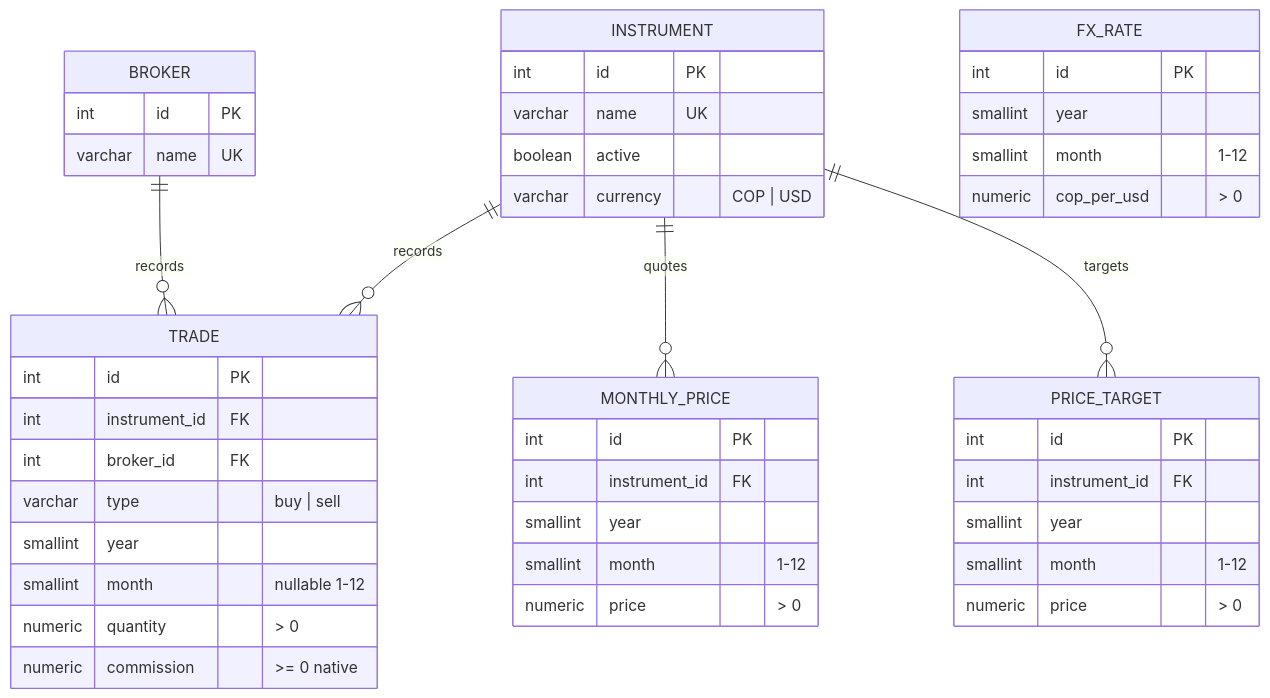
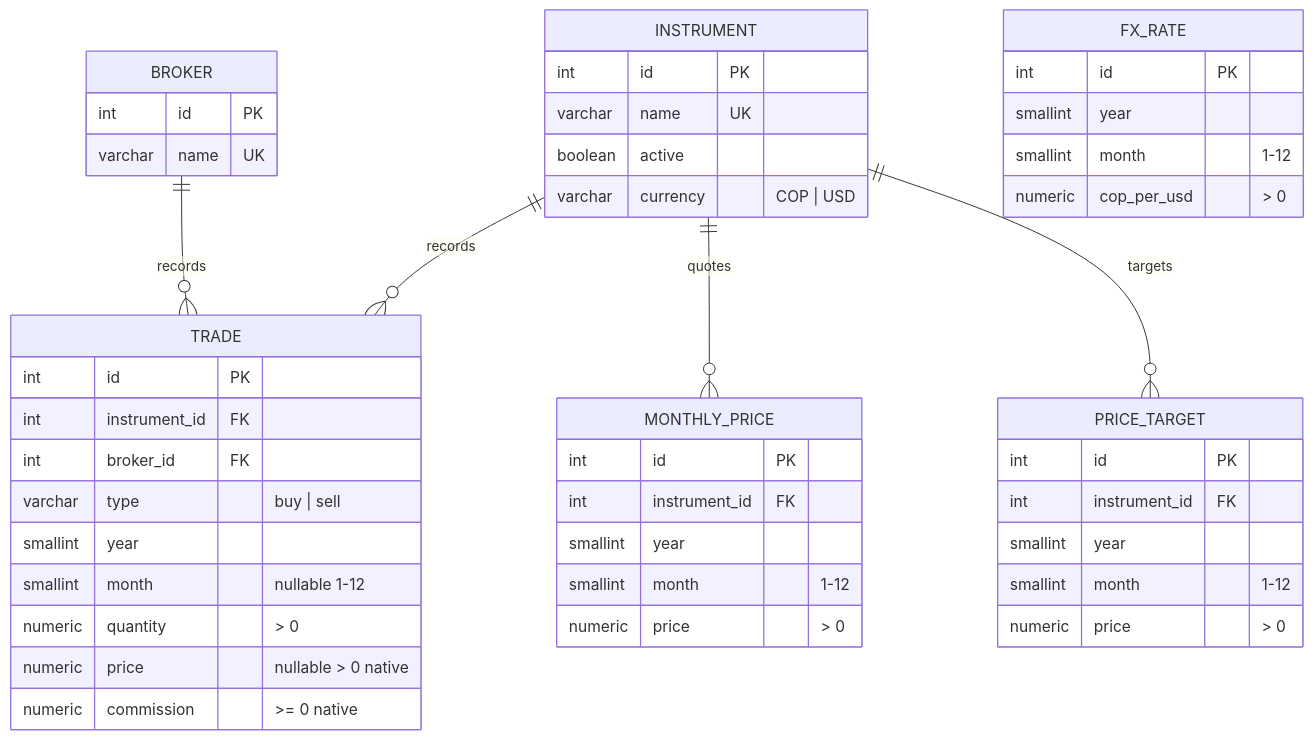
The second of 3 diagrams in README.md (sebasvalencia/stocks), drawn with Mermaid before and after one commit. The commit also changed other lines of this file and 14 other files, not shown here.

````diff
--- a/README.md
+++ b/README.md
@@ -210,48 +211,49 @@
 ```mermaid
 erDiagram
   BROKER {
     int id PK
     varchar name UK
   }
   INSTRUMENT {
     int id PK
     varchar name UK
     boolean active
     varchar currency "COP | USD"
   }
   TRADE {
     int id PK
     int instrument_id FK
     int broker_id FK
     varchar type "buy | sell"
     smallint year
     smallint month "nullable 1-12"
     numeric quantity "> 0"
+    numeric price "nullable > 0 native"
     numeric commission ">= 0 native"
   }
   MONTHLY_PRICE {
     int id PK
     int instrument_id FK
     smallint year
     smallint month "1-12"
     numeric price "> 0"
   }
   PRICE_TARGET {
     int id PK
     int instrument_id FK
     smallint year
     smallint month "1-12"
     numeric price "> 0"
   }
   FX_RATE {
     int id PK
     smallint year
     smallint month "1-12"
     numeric cop_per_usd "> 0"
   }
 
   BROKER ||--o{ TRADE : records
   INSTRUMENT ||--o{ TRADE : records
   INSTRUMENT ||--o{ MONTHLY_PRICE : quotes
   INSTRUMENT ||--o{ PRICE_TARGET : targets
 ```
````
